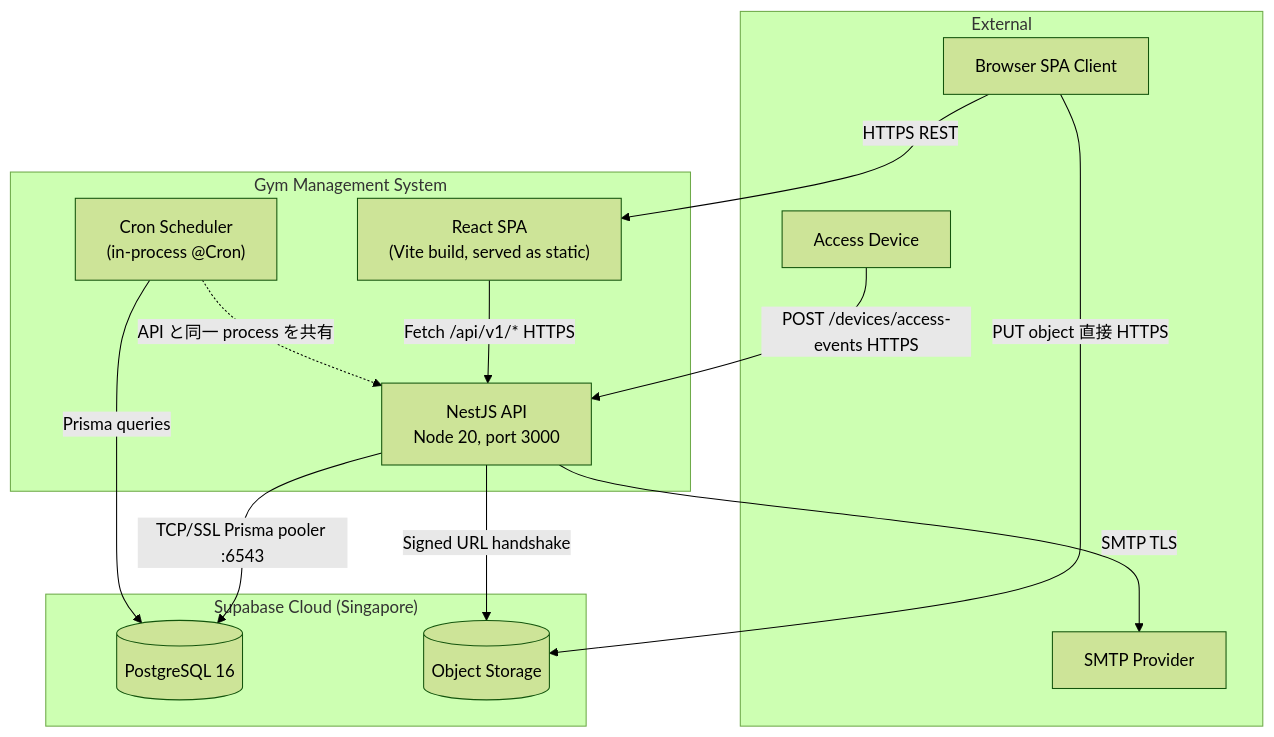
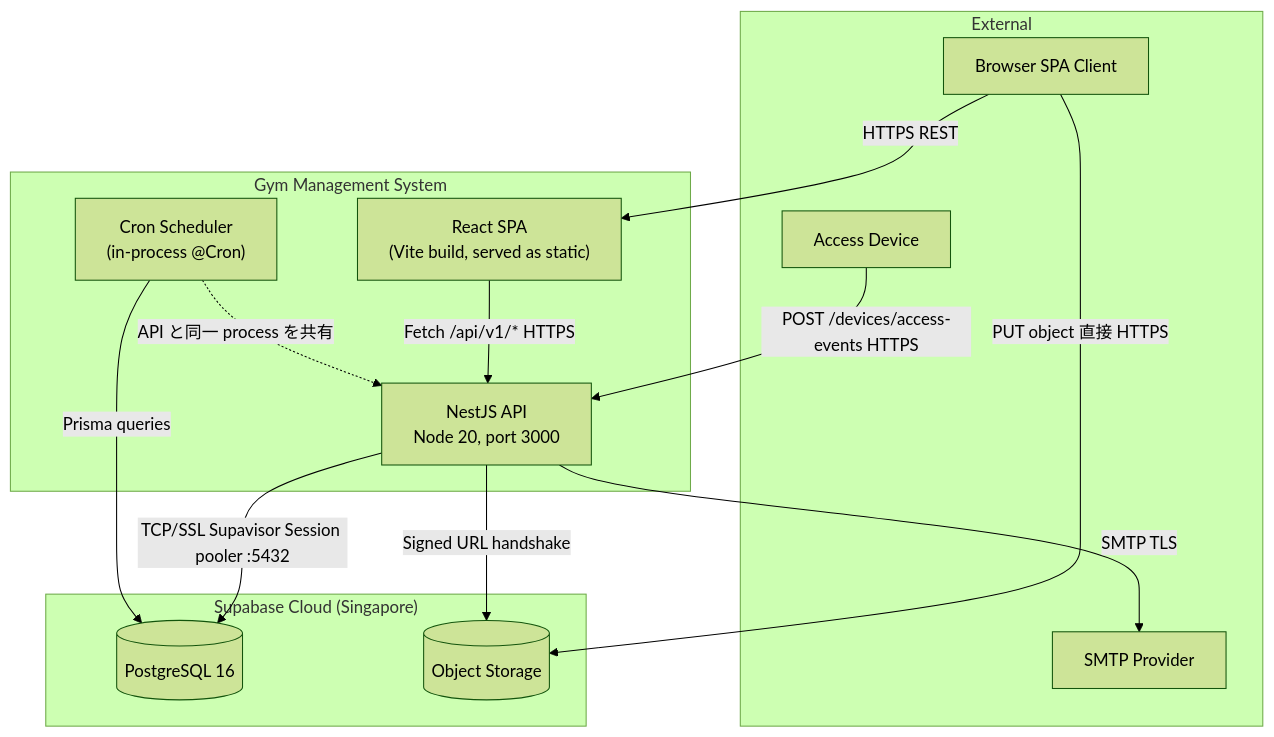
Before and after one commit to lethanhan01/gym-management-system: the second of 5 diagrams in docs/JA/Design/Architecture.md, drawn with Mermaid (forest theme). The commit also changed other lines of this file and 7 other files, not shown here.

````diff
--- a/docs/JA/Design/Architecture.md
+++ b/docs/JA/Design/Architecture.md
@@ -116,29 +116,29 @@
 ```mermaid
 flowchart TB
     subgraph External
         Browser[Browser SPA Client]
         Device[Access Device]
         SMTP[SMTP Provider]
     end
 
     subgraph GMS_Boundary["Gym Management System"]
         SPA["React SPA<br/>(Vite build, served as static)"]
         API["NestJS API<br/>Node 20, port 3000"]
         Cron["Cron Scheduler<br/>(in-process @Cron)"]
     end
 
     subgraph SupabaseCloud["Supabase Cloud (Singapore)"]
         DB[(PostgreSQL 16)]
         Storage[(Object Storage)]
     end
 
     Browser -->|HTTPS REST| SPA
     SPA -->|Fetch /api/v1/* HTTPS| API
     Device -->|POST /devices/access-events HTTPS| API
-    API -->|TCP/SSL Prisma pooler :6543| DB
+    API -->|TCP/SSL Supavisor Session pooler :5432| DB
     Cron -.->|API と同一 process を共有| API
     Cron -->|Prisma queries| DB
     API -->|Signed URL handshake| Storage
     Browser -->|PUT object 直接 HTTPS| Storage
     API -->|SMTP TLS| SMTP
 ```
````
